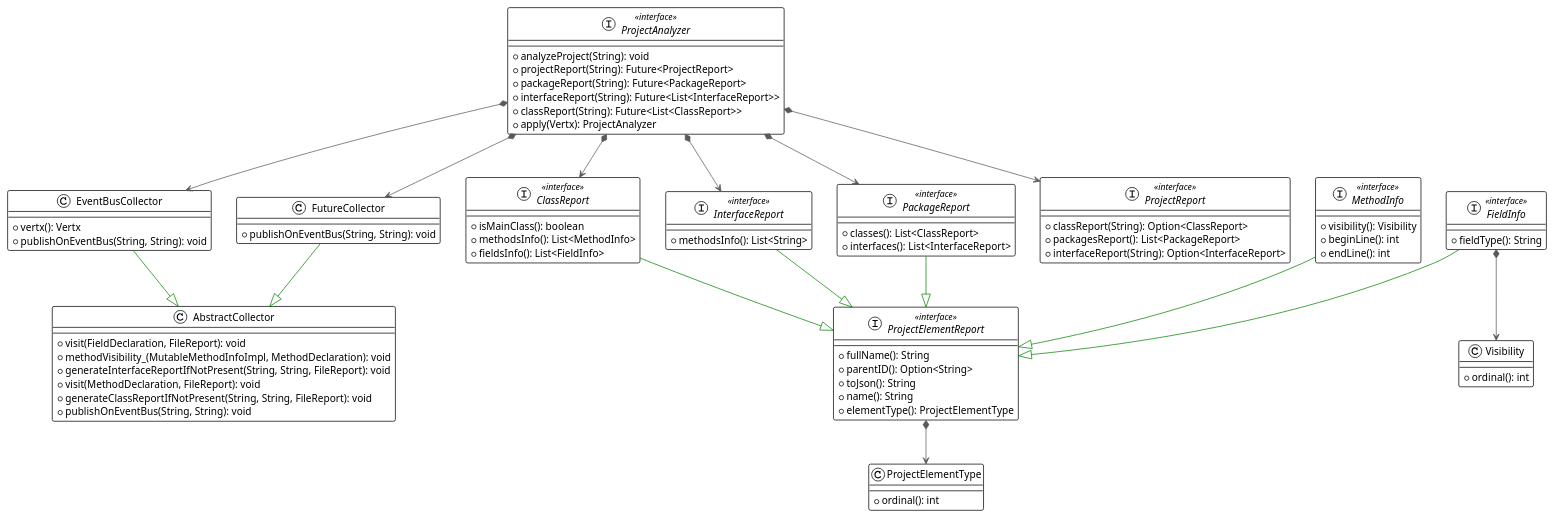
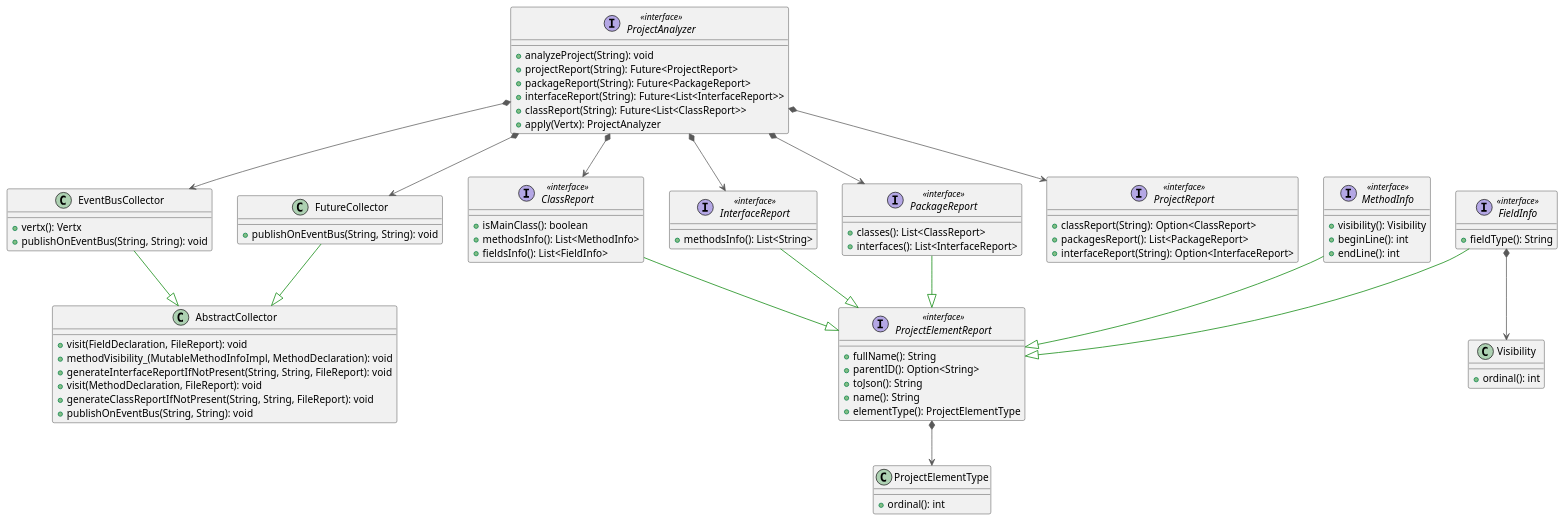
The diagram in project/src/main/uml/EDAPProjectAnalyzer.plantuml (FilippoVissani/assignment-02), drawn with PlantUML before and after one commit. The commit also changed 4 other files, not shown here.

```diff
--- a/project/src/main/uml/EDAPProjectAnalyzer.plantuml
+++ b/project/src/main/uml/EDAPProjectAnalyzer.plantuml
@@ -1,86 +1,84 @@
 @startuml
-
-!theme plain
 
 class AbstractCollector {
   + visit(FieldDeclaration, FileReport): void
   + methodVisibility_(MutableMethodInfoImpl, MethodDeclaration): void
   + generateInterfaceReportIfNotPresent(String, String, FileReport): void
   + visit(MethodDeclaration, FileReport): void
   + generateClassReportIfNotPresent(String, String, FileReport): void
   + publishOnEventBus(String, String): void
 }
 interface ClassReport << interface >> {
   + isMainClass(): boolean
   + methodsInfo(): List<MethodInfo>
   + fieldsInfo(): List<FieldInfo>
 }
 class EventBusCollector {
   + vertx(): Vertx
   + publishOnEventBus(String, String): void
 }
 interface FieldInfo << interface >> {
   + fieldType(): String
 }
 class FutureCollector {
   + publishOnEventBus(String, String): void
 }
 interface InterfaceReport << interface >> {
   + methodsInfo(): List<String>
 }
 interface MethodInfo << interface >> {
   + visibility(): Visibility
   + beginLine(): int
   + endLine(): int
 }
 interface PackageReport << interface >> {
   + classes(): List<ClassReport>
   + interfaces(): List<InterfaceReport>
 }
 interface ProjectAnalyzer << interface >> {
   + analyzeProject(String): void
   + projectReport(String): Future<ProjectReport>
   + packageReport(String): Future<PackageReport>
   + interfaceReport(String): Future<List<InterfaceReport>>
   + classReport(String): Future<List<ClassReport>>
   + apply(Vertx): ProjectAnalyzer
 }
 
 interface ProjectElementReport << interface >> {
   + fullName(): String
   + parentID(): Option<String>
   + toJson(): String
   + name(): String
   + elementType(): ProjectElementType
 }
 
 class ProjectElementType {
   + ordinal(): int
 }
 interface ProjectReport << interface >> {
   + classReport(String): Option<ClassReport>
   + packagesReport(): List<PackageReport>
   + interfaceReport(String): Option<InterfaceReport>
 }
 class Visibility {
   + ordinal(): int
 }
 
 ClassReport           -[#008200,plain]-^  ProjectElementReport 
 FieldInfo             -[#008200,plain]-^  ProjectElementReport 
 InterfaceReport       -[#008200,plain]-^  ProjectElementReport 
 MethodInfo            -[#008200,plain]-^  ProjectElementReport 
 PackageReport         -[#008200,plain]-^  ProjectElementReport 
 EventBusCollector -[#008200,plain]-^ AbstractCollector
 FutureCollector -[#008200,plain]-^ AbstractCollector
 ProjectAnalyzer *-[#595959,plain]-> FutureCollector
 ProjectAnalyzer *-[#595959,plain]-> EventBusCollector
 ProjectAnalyzer *-[#595959,plain]-> ProjectReport
 ProjectAnalyzer *-[#595959,plain]-> PackageReport
 ProjectAnalyzer *-[#595959,plain]-> ClassReport
 ProjectAnalyzer *-[#595959,plain]-> InterfaceReport
 
 FieldInfo *-[#595959,plain]-> Visibility
 ProjectElementReport *-[#595959,plain]-> ProjectElementType
 
 @enduml
```
